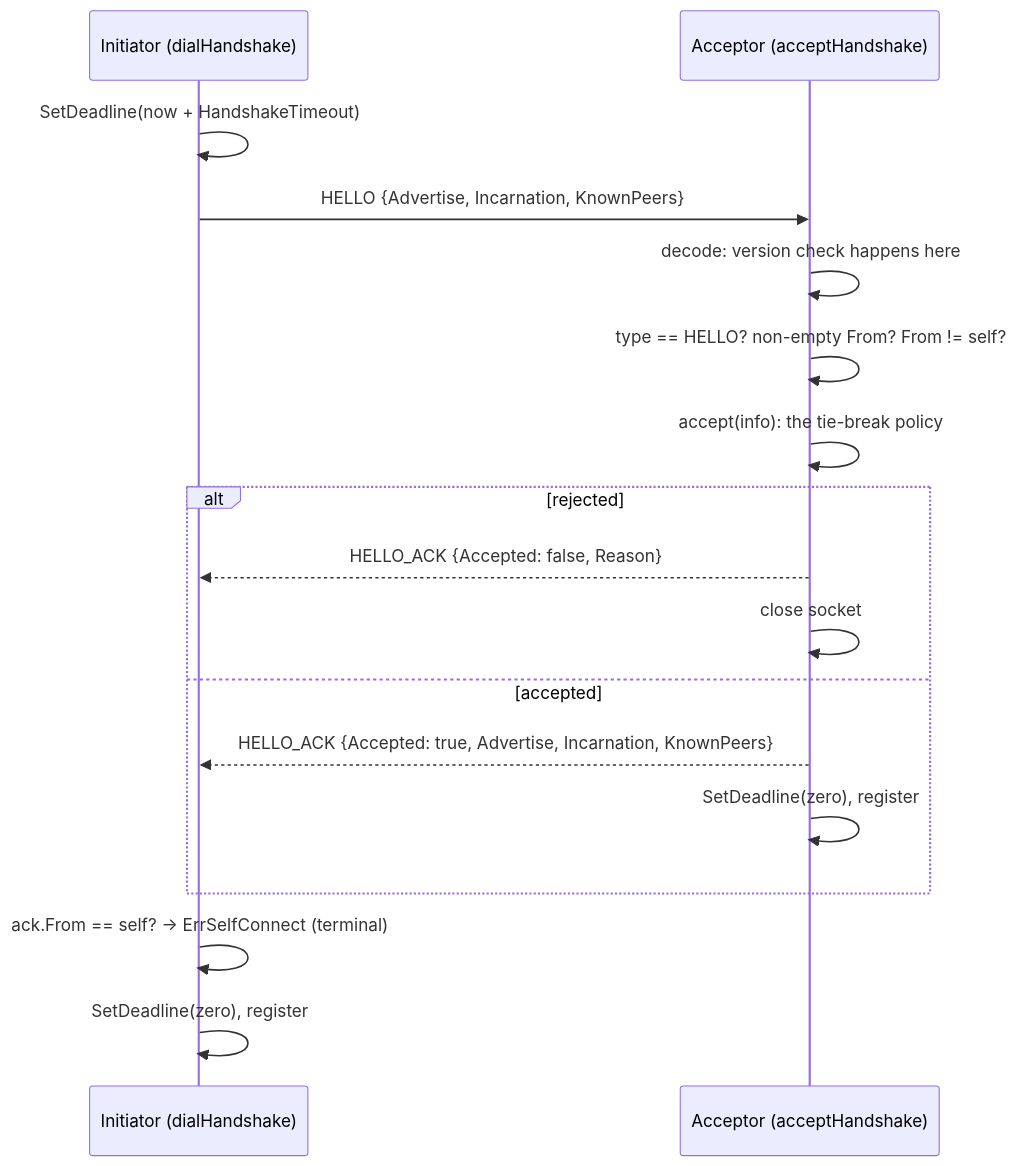
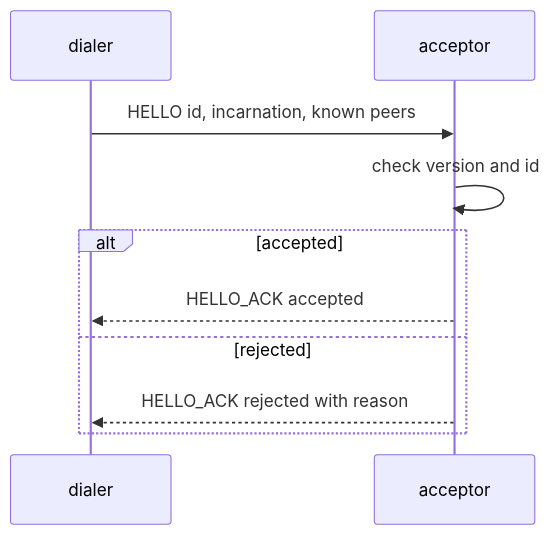
Before and after one commit to Aditya-Jyoti/swarm-communication: the second of 4 diagrams in docs/architecture/mesh-and-handshake.md, drawn with Mermaid. The commit also changed other lines of this file, not shown here.

Commit message:
docs(architecture): shorten the mesh and handshake page

````diff
--- a/docs/architecture/mesh-and-handshake.md
+++ b/docs/architecture/mesh-and-handshake.md
@@ -57,19 +44,12 @@
 ```mermaid
 sequenceDiagram
-    participant I as Initiator (dialHandshake)
-    participant A as Acceptor (acceptHandshake)
-    I->>I: SetDeadline(now + HandshakeTimeout)
-    I->>A: HELLO {Advertise, Incarnation, KnownPeers}
-    A->>A: decode: version check happens here
-    A->>A: type == HELLO? non-empty From? From != self?
-    A->>A: accept(info): the tie-break policy
-    alt rejected
-        A-->>I: HELLO_ACK {Accepted: false, Reason}
-        A->>A: close socket
-    else accepted
-        A-->>I: HELLO_ACK {Accepted: true, Advertise, Incarnation, KnownPeers}
-        A->>A: SetDeadline(zero), register
+    participant I as dialer
+    participant A as acceptor
+    I->>A: HELLO id, incarnation, known peers
+    A->>A: check version and id
+    alt accepted
+        A-->>I: HELLO_ACK accepted
+    else rejected
+        A-->>I: HELLO_ACK rejected with reason
     end
-    I->>I: ack.From == self? -> ErrSelfConnect (terminal)
-    I->>I: SetDeadline(zero), register
 ```
````
